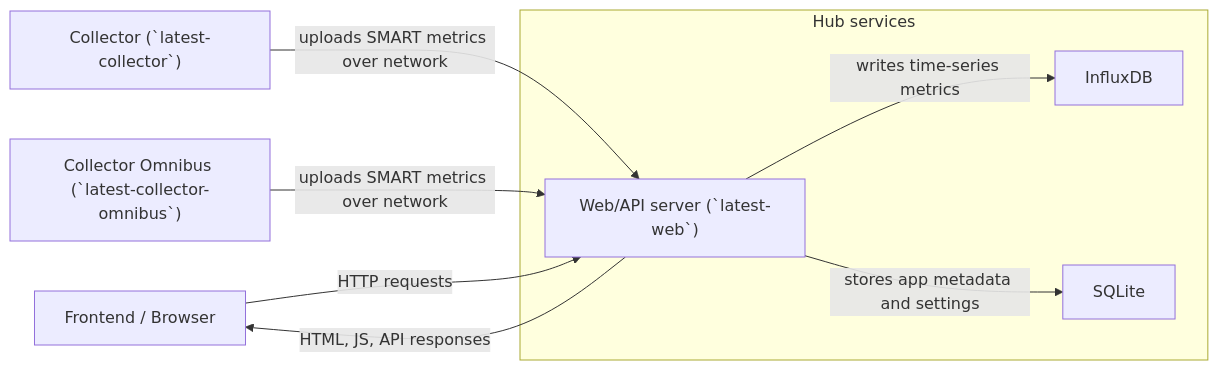
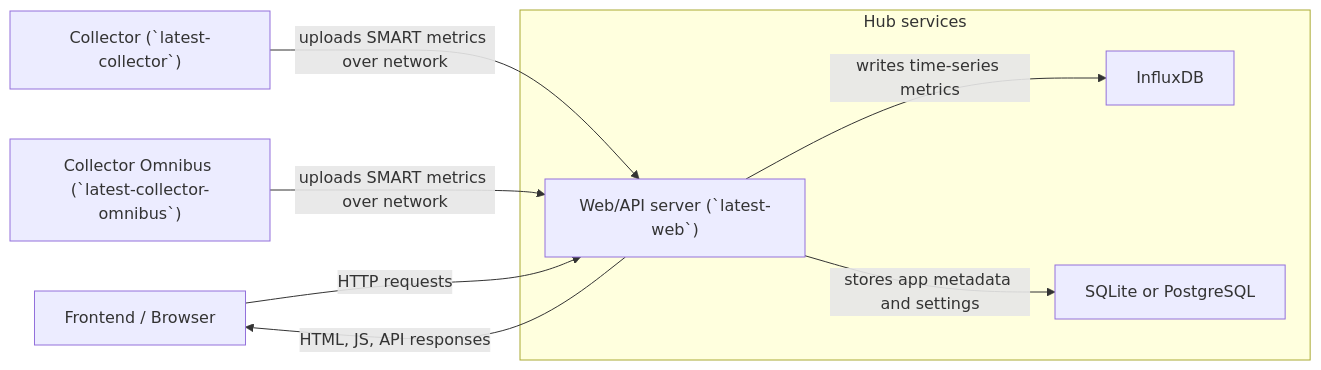
One commit to Starosdev/scrutiny changed the second of 2 diagrams in docs/ARCHITECTURE.md. Above: the diagram before and after it, drawn with Mermaid. The commit also changed other lines of this file and 4 other files, not shown here.

First line of the commit message:
docs: update notification, config, and architecture docs for the PostgreSQL work

````diff
--- a/docs/ARCHITECTURE.md
+++ b/docs/ARCHITECTURE.md
@@ -38,19 +38,19 @@
 ```mermaid
 flowchart LR
     Browser["Frontend / Browser"]
     CollectorA["Collector (`latest-collector`)"]
     CollectorB["Collector Omnibus (`latest-collector-omnibus`)"]
 
     subgraph Hub["Hub services"]
         Web["Web/API server (`latest-web`)"]
         Influx["InfluxDB"]
-        SQLite["SQLite"]
+        SQLite["SQLite or PostgreSQL"]
     end
 
     CollectorA -->|"uploads SMART metrics over network"| Web
     CollectorB -->|"uploads SMART metrics over network"| Web
     Web -->|"writes time-series metrics"| Influx
     Web -->|"stores app metadata and settings"| SQLite
     Browser -->|"HTTP requests"| Web
     Web -->|"HTML, JS, API responses"| Browser
 ```
````
